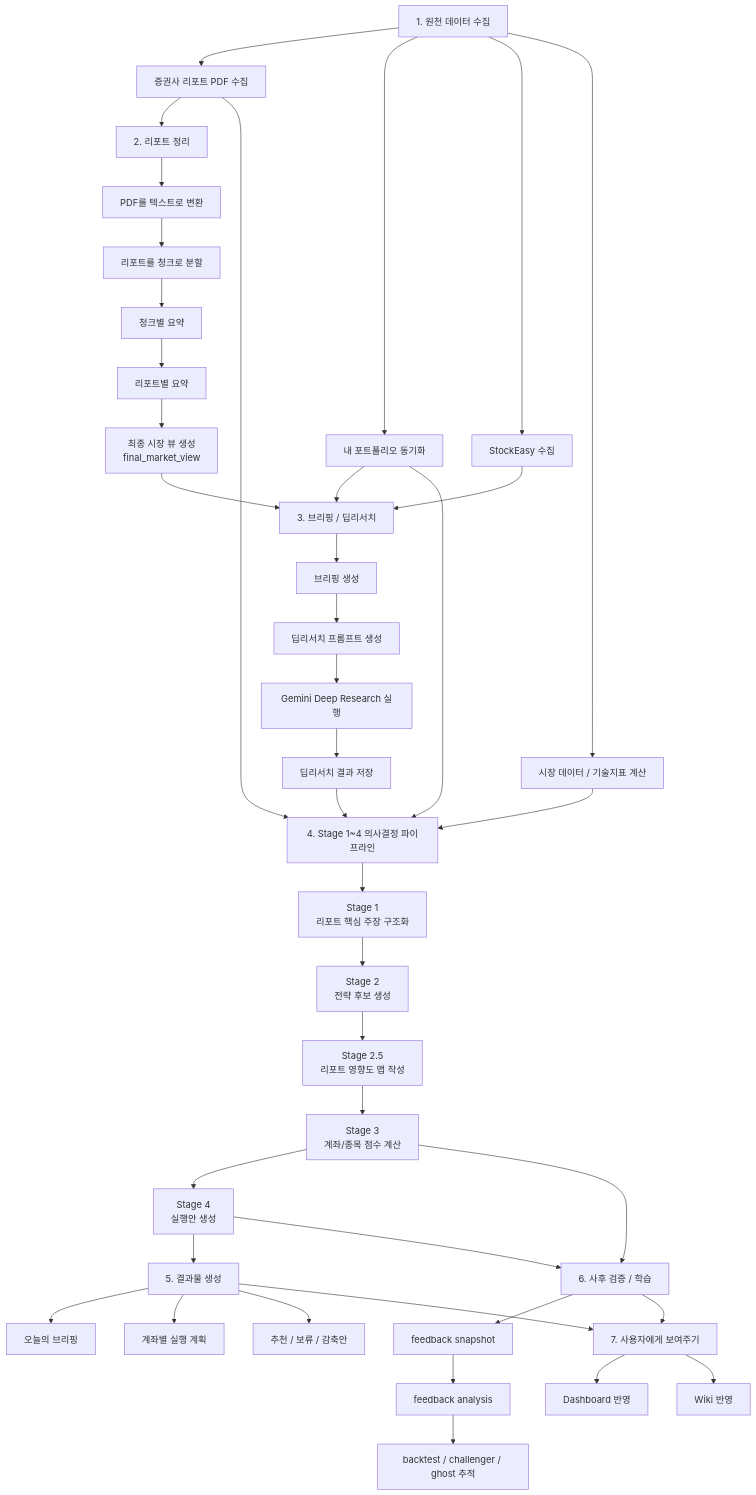
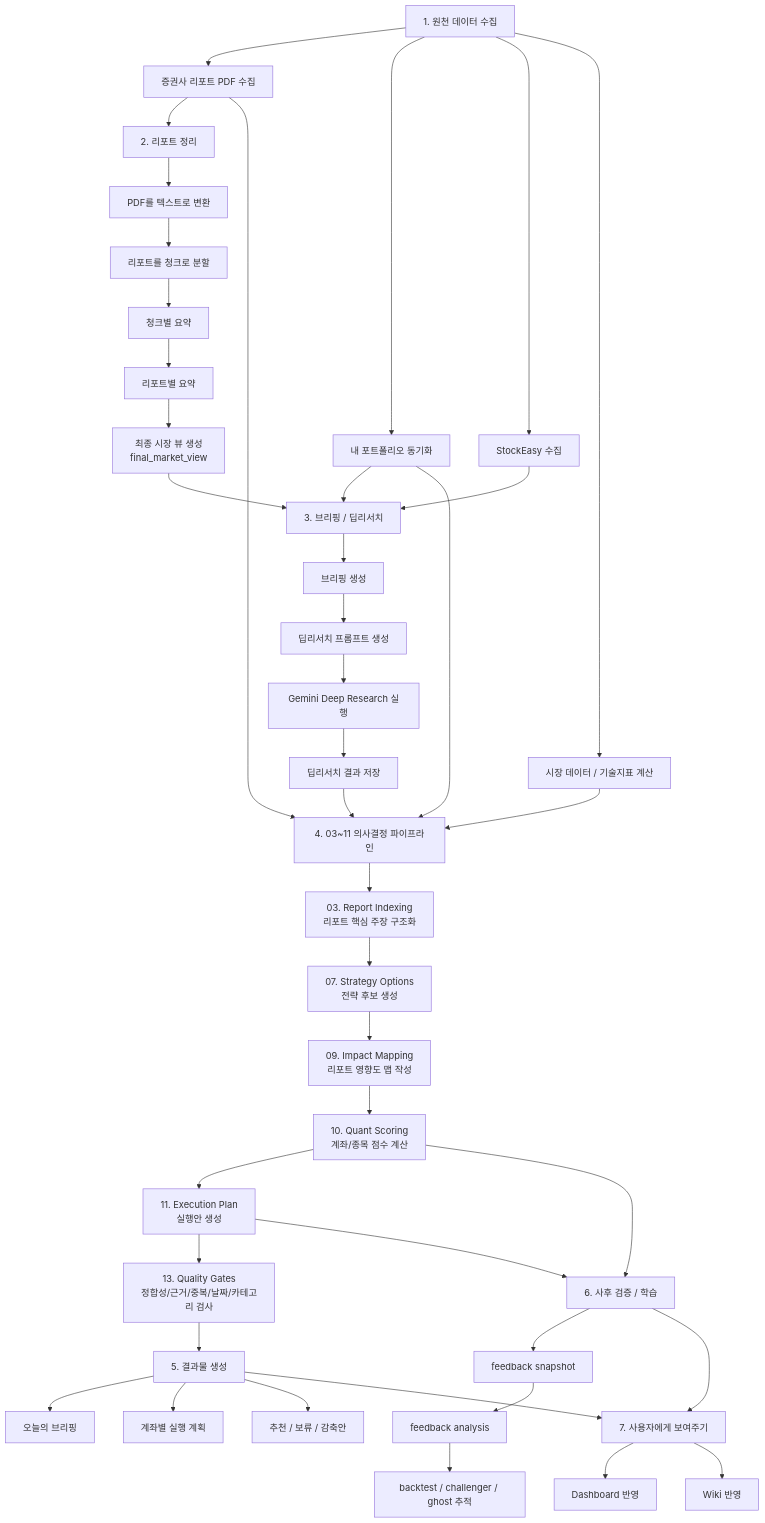
Before and after one commit to sgdrudejr/EcoReport: the first of 2 diagrams in docs/PIPELINE_MAP.md, drawn with Mermaid. The commit also changed other lines of this file and 20 other files, not shown here.

Commit message:
Add EcoReport quality gates and stage names

````diff
--- a/docs/PIPELINE_MAP.md
+++ b/docs/PIPELINE_MAP.md
@@ -11,49 +11,50 @@
 ```mermaid
 flowchart TD
     A["1. 원천 데이터 수집"] --> A1["증권사 리포트 PDF 수집"]
     A --> A2["내 포트폴리오 동기화"]
     A --> A3["StockEasy 수집"]
     A --> A4["시장 데이터 / 기술지표 계산"]
 
     A1 --> B["2. 리포트 정리"]
     B --> B1["PDF를 텍스트로 변환"]
     B1 --> B2["리포트를 청크로 분할"]
     B2 --> B3["청크별 요약"]
     B3 --> B4["리포트별 요약"]
     B4 --> B5["최종 시장 뷰 생성<br/>final_market_view"]
 
     B5 --> C["3. 브리핑 / 딥리서치"]
     A2 --> C
     A3 --> C
     C --> C1["브리핑 생성"]
     C1 --> C2["딥리서치 프롬프트 생성"]
     C2 --> C3["Gemini Deep Research 실행"]
     C3 --> C4["딥리서치 결과 저장"]
 
-    A1 --> D["4. Stage 1~4 의사결정 파이프라인"]
+    A1 --> D["4. 03~11 의사결정 파이프라인"]
     A2 --> D
     A4 --> D
     C4 --> D
 
-    D --> D1["Stage 1<br/>리포트 핵심 주장 구조화"]
-    D1 --> D2["Stage 2<br/>전략 후보 생성"]
-    D2 --> D3["Stage 2.5<br/>리포트 영향도 맵 작성"]
-    D3 --> D4["Stage 3<br/>계좌/종목 점수 계산"]
-    D4 --> D5["Stage 4<br/>실행안 생성"]
+    D --> D1["03. Report Indexing<br/>리포트 핵심 주장 구조화"]
+    D1 --> D2["07. Strategy Options<br/>전략 후보 생성"]
+    D2 --> D3["09. Impact Mapping<br/>리포트 영향도 맵 작성"]
+    D3 --> D4["10. Quant Scoring<br/>계좌/종목 점수 계산"]
+    D4 --> D5["11. Execution Plan<br/>실행안 생성"]
 
-    D5 --> E["5. 결과물 생성"]
+    D5 --> QG["13. Quality Gates<br/>정합성/근거/중복/날짜/카테고리 검사"]
+    QG --> E["5. 결과물 생성"]
     E --> E1["오늘의 브리핑"]
     E --> E2["계좌별 실행 계획"]
     E --> E3["추천 / 보류 / 감축안"]
 
     D4 --> F["6. 사후 검증 / 학습"]
     D5 --> F
     F --> F1["feedback snapshot"]
     F1 --> F2["feedback analysis"]
     F2 --> F3["backtest / challenger / ghost 추적"]
 
     E --> G["7. 사용자에게 보여주기"]
     F --> G
     G --> G1["Dashboard 반영"]
     G --> G2["Wiki 반영"]
 ```
````
